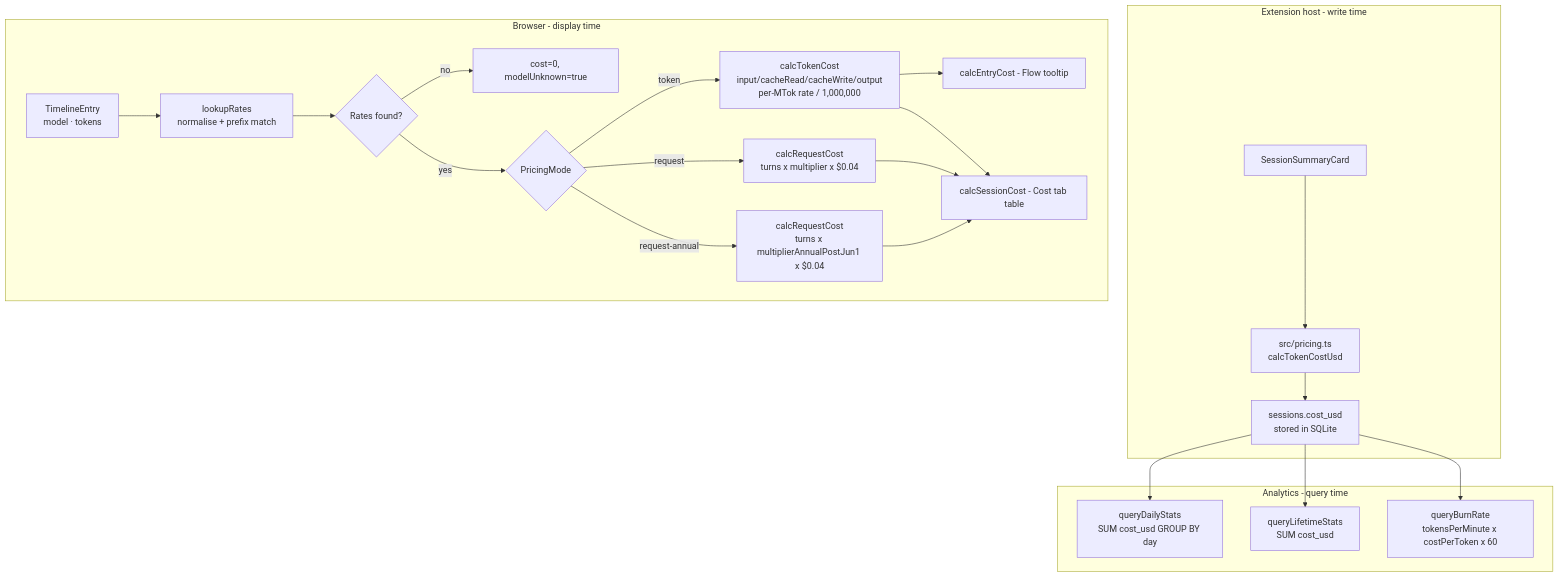
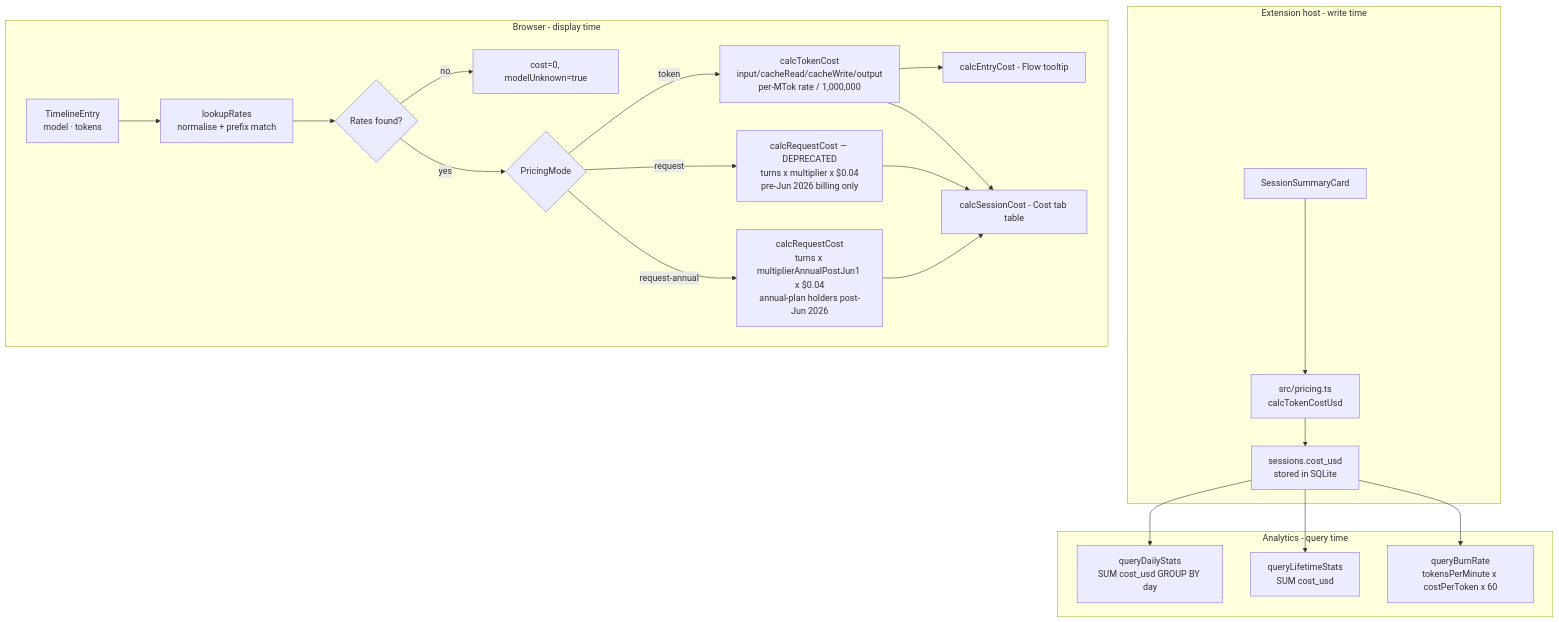
Before and after one commit to RogerReed/agentlens: diagram 15 of 18 in ARCHITECTURE.md, drawn with Mermaid. The commit also changed other lines of this file, not shown here.

First line of the commit message:
docs: update ARCHITECTURE.md to reflect current codebase

````diff
--- a/ARCHITECTURE.md
+++ b/ARCHITECTURE.md
@@ -629,27 +665,27 @@
 ```mermaid
 flowchart TD
     subgraph exthost["Extension host - write time"]
         CARD[SessionSummaryCard] --> PRI_EXT[src/pricing.ts<br/>calcTokenCostUsd]
         PRI_EXT --> DB_COST[sessions.cost_usd<br/>stored in SQLite]
     end
 
     subgraph browser["Browser - display time"]
         ENTRY[TimelineEntry<br/>model · tokens] --> LR[lookupRates<br/>normalise + prefix match]
         LR --> RATES{Rates found?}
         RATES -- no  --> ZERO[cost=0, modelUnknown=true]
         RATES -- yes --> MODE{PricingMode}
         MODE -- token --> TC[calcTokenCost<br/>input/cacheRead/cacheWrite/output<br/>per-MTok rate / 1,000,000]
-        MODE -- request --> RC[calcRequestCost<br/>turns x multiplier x $0.04]
-        MODE -- request-annual --> RA[calcRequestCost<br/>turns x multiplierAnnualPostJun1 x $0.04]
+        MODE -- request-annual --> RA[calcRequestCost<br/>turns x multiplierAnnualPostJun1 x $0.04<br/>annual-plan holders post-Jun 2026]
+        MODE -- request --> RC[calcRequestCost — DEPRECATED<br/>turns x multiplier x $0.04<br/>pre-Jun 2026 billing only]
         TC --> ENTRY_COST[calcEntryCost - Flow tooltip]
         TC --> SESS_COST[calcSessionCost - Cost tab table]
         RC --> SESS_COST
         RA --> SESS_COST
     end
 
     subgraph analytics["Analytics - query time"]
         DB_COST --> AGG[queryDailyStats<br/>SUM cost_usd GROUP BY day]
         DB_COST --> LIFE[queryLifetimeStats<br/>SUM cost_usd]
         DB_COST --> BURN[queryBurnRate<br/>tokensPerMinute x costPerToken x 60]
     end
 ```
````
